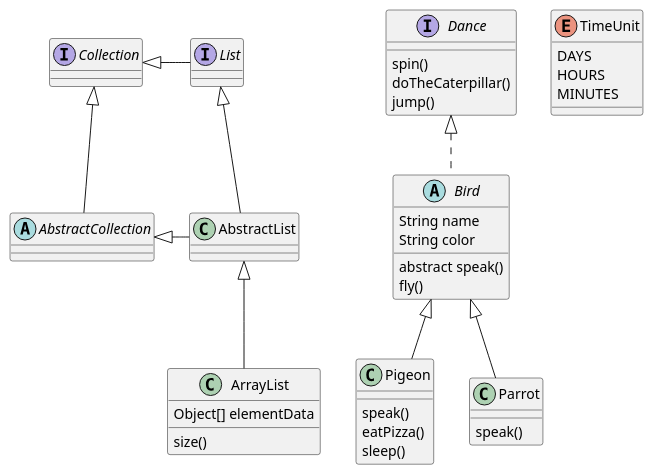
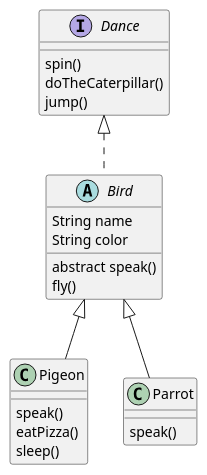
Before and after one commit to aparnak22/introduction_to_oop: the diagram in docs/Bird.puml, drawn with PlantUML.

Commit message:
Removed extraneous uml from the template.

```diff
--- a/docs/Bird.puml
+++ b/docs/Bird.puml
@@ -1,52 +1,32 @@
 @startuml
 'https://plantuml.com/class-diagram
 
 interface Dance{
     spin()
     doTheCaterpillar()
     jump()
 }
 
 abstract class Bird implements Dance {
    String name
    String color
    abstract speak()
    fly()
  }
 
 class Pigeon {
     speak()
     eatPizza()
     sleep()
 }
 
 class Parrot{
 speak()
 }
 
 Bird <|-- Pigeon
 Bird <|-- Parrot
 
-abstract AbstractCollection
-interface List
-interface Collection
 
-List <|-- AbstractList
-Collection <|-- AbstractCollection
-
-Collection <|- List
-AbstractCollection <|- AbstractList
-AbstractList <|-- ArrayList
-
-class ArrayList {
-Object[] elementData
-size()
-}
-
-enum TimeUnit {
-DAYS
-HOURS
-MINUTES
-}
 
 @enduml
```
